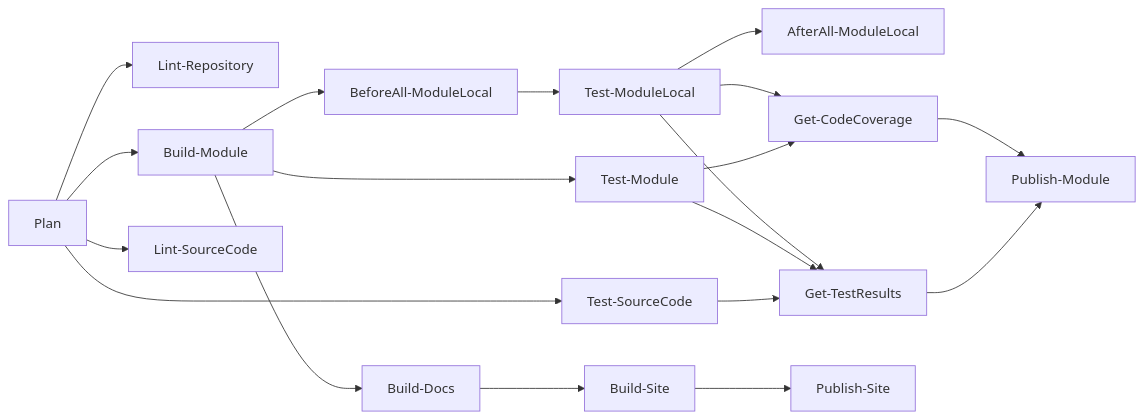
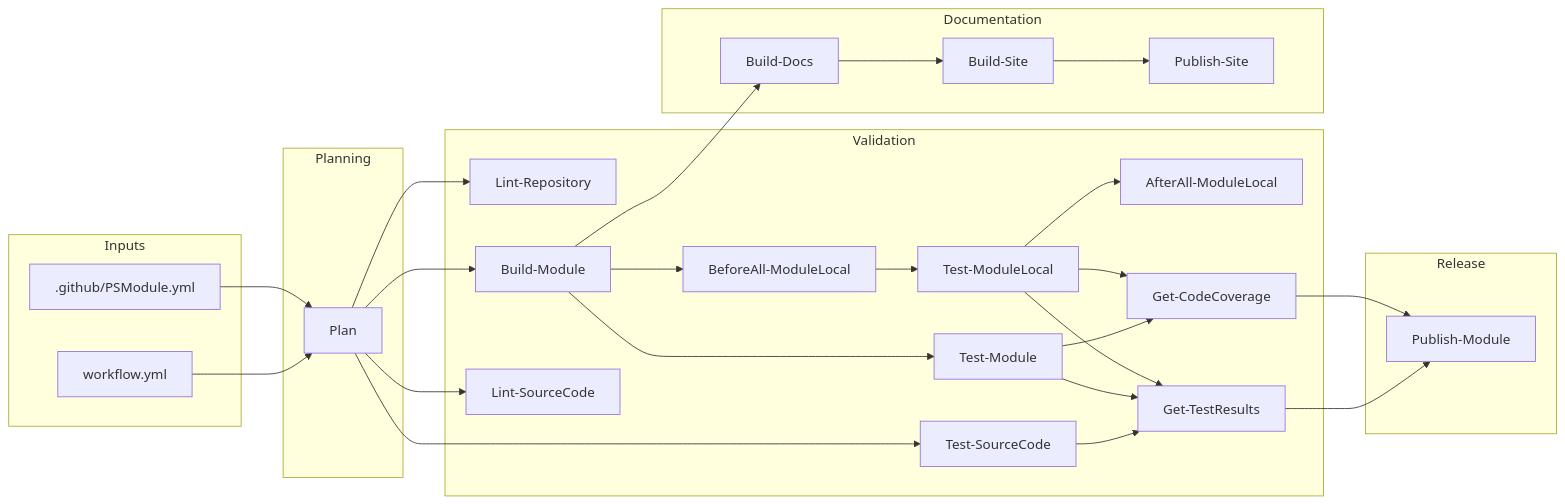
The diagram in src/docs/PowerShell/Modules/Standards.md (PSModule/docs), drawn with Mermaid before and after one commit. The commit also changed other lines of this file, not shown here.

Commit message:
Enhance CI/CD pipeline documentation: clarify workflow stages and add detailed descriptions for each step

````diff
--- a/src/docs/PowerShell/Modules/Standards.md
+++ b/src/docs/PowerShell/Modules/Standards.md
@@ -121,21 +119,55 @@
 ```mermaid
 graph LR
-    Plan --> Lint-Repository
-    Plan --> Build-Module
-    Plan --> Test-SourceCode
-    Plan --> Lint-SourceCode
-    Build-Module --> Test-Module
-    Build-Module --> BeforeAll-ModuleLocal
-    BeforeAll-ModuleLocal --> Test-ModuleLocal
-    Test-ModuleLocal --> AfterAll-ModuleLocal
-    Test-SourceCode --> Get-TestResults
-    Test-Module --> Get-TestResults
-    Test-ModuleLocal --> Get-TestResults
-    Test-Module --> Get-CodeCoverage
-    Test-ModuleLocal --> Get-CodeCoverage
-    Get-TestResults --> Publish-Module
-    Get-CodeCoverage --> Publish-Module
-    Build-Module --> Build-Docs
-    Build-Docs --> Build-Site
-    Build-Site --> Publish-Site
+  subgraph Inputs
+    Workflow[workflow.yml]
+    PSModule[.github/PSModule.yml]
+  end
+
+  subgraph Planning
+    Plan
+  end
+
+  subgraph Validation
+    Lint-Repository
+    Build-Module
+    Test-SourceCode
+    Lint-SourceCode
+    Test-Module
+    BeforeAll-ModuleLocal
+    Test-ModuleLocal
+    AfterAll-ModuleLocal
+    Get-TestResults
+    Get-CodeCoverage
+  end
+
+  subgraph Documentation
+    Build-Docs
+    Build-Site
+    Publish-Site
+  end
+
+  subgraph Release
+    Publish-Module
+  end
+
+  Workflow --> Plan
+  PSModule --> Plan
+  Plan --> Lint-Repository
+  Plan --> Build-Module
+  Plan --> Test-SourceCode
+  Plan --> Lint-SourceCode
+  Build-Module --> Test-Module
+  Build-Module --> BeforeAll-ModuleLocal
+  BeforeAll-ModuleLocal --> Test-ModuleLocal
+  Test-ModuleLocal --> AfterAll-ModuleLocal
+  Test-SourceCode --> Get-TestResults
+  Test-Module --> Get-TestResults
+  Test-ModuleLocal --> Get-TestResults
+  Test-Module --> Get-CodeCoverage
+  Test-ModuleLocal --> Get-CodeCoverage
+  Get-TestResults --> Publish-Module
+  Get-CodeCoverage --> Publish-Module
+  Build-Module --> Build-Docs
+  Build-Docs --> Build-Site
+  Build-Site --> Publish-Site
 ```
````
